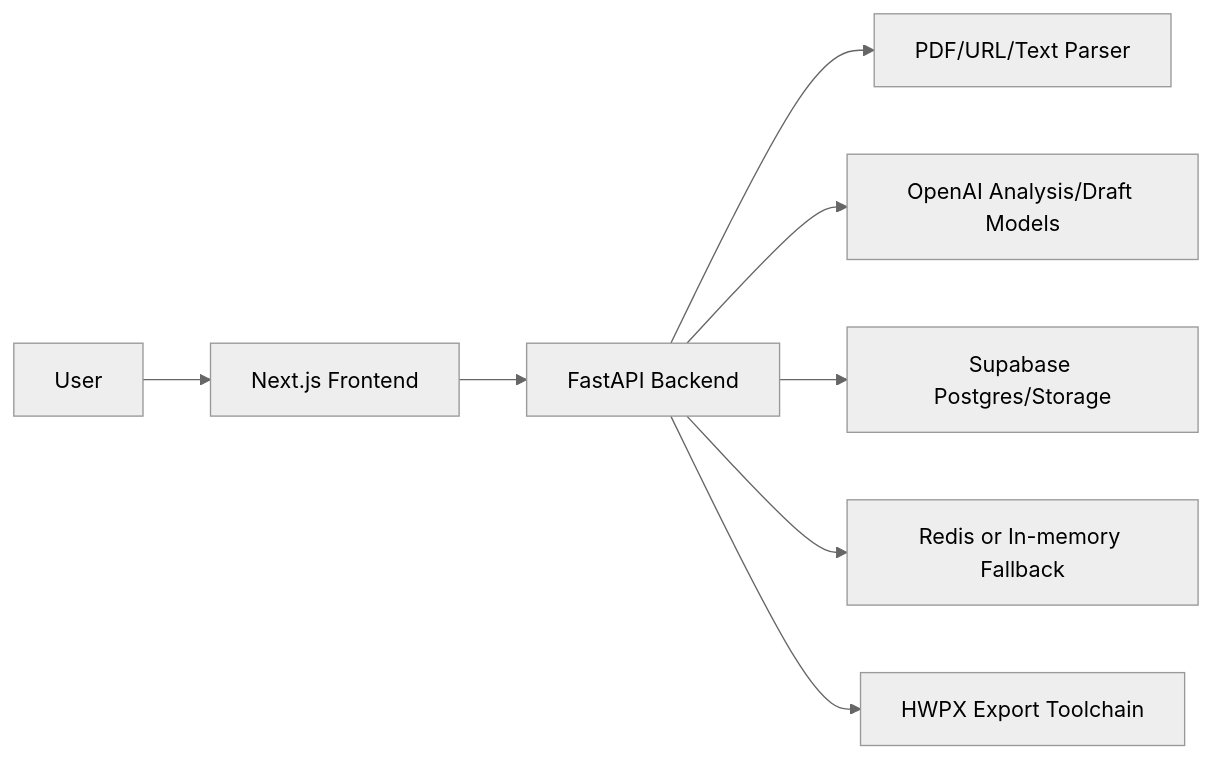
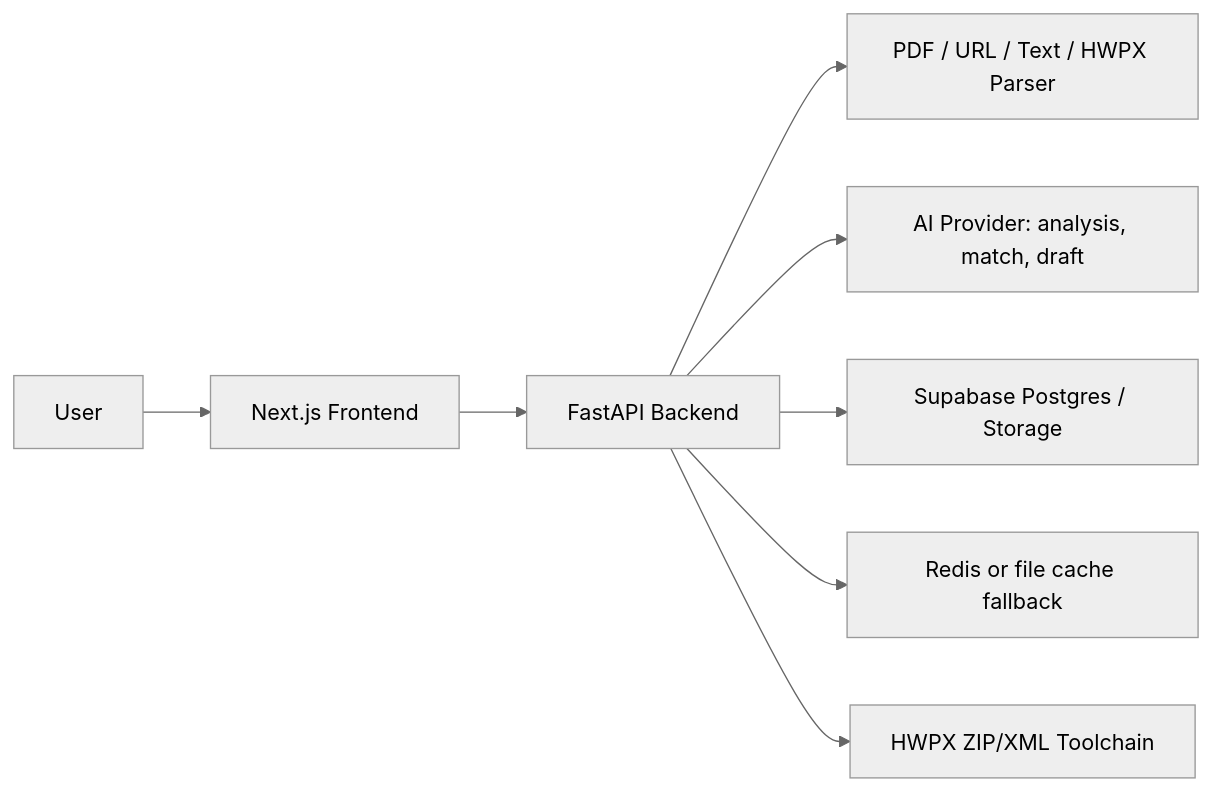
The diagram in docs/engineering/architecture.md (mingyugim090-debug/DockLive), drawn with Mermaid (neutral theme) before and after one commit. The commit also changed other lines of this file and 13 other files, not shown here.

````diff
--- a/docs/engineering/architecture.md
+++ b/docs/engineering/architecture.md
@@ -7,10 +7,10 @@
 ```mermaid
 flowchart LR
   U["User"] --> FE["Next.js Frontend"]
   FE --> API["FastAPI Backend"]
-  API --> Parser["PDF/URL/Text Parser"]
-  API --> OpenAI["OpenAI Analysis/Draft Models"]
-  API --> Store["Supabase Postgres/Storage"]
-  API --> Cache["Redis or In-memory Fallback"]
-  API --> HWPX["HWPX Export Toolchain"]
+  API --> Parser["PDF / URL / Text / HWPX Parser"]
+  API --> AI["AI Provider: analysis, match, draft"]
+  API --> Store["Supabase Postgres / Storage"]
+  API --> Cache["Redis or file cache fallback"]
+  API --> HWPX["HWPX ZIP/XML Toolchain"]
 ```
````
